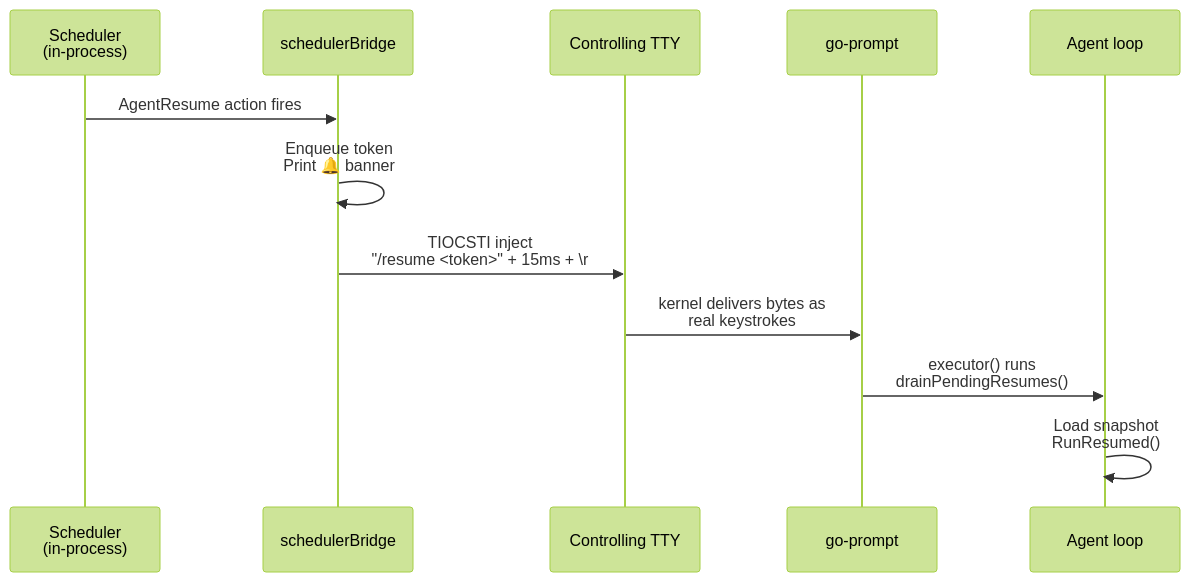
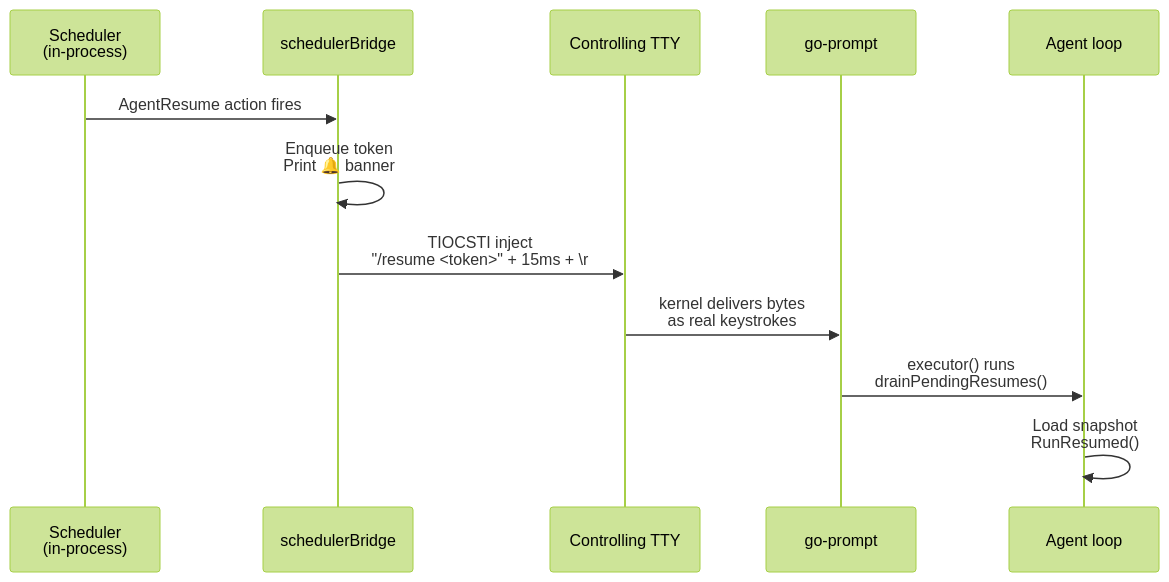
Before and after one commit to diillson/chatcli.ai: the second of 2 diagrams in features/agent-park.mdx, drawn with Mermaid (forest theme). The commit also changed other lines of this file and 500 other files, not shown here.

````diff
--- a/features/agent-park.mdx
+++ b/features/agent-park.mdx
@@ -257,15 +257,15 @@
 ```mermaid
 sequenceDiagram
   participant Sched as Scheduler<br/>(in-process)
   participant Bridge as schedulerBridge
   participant TTY as Controlling TTY
   participant Prompt as go-prompt
   participant Agent as Agent loop
 
   Sched->>Bridge: AgentResume action fires
   Bridge->>Bridge: Enqueue token<br/>Print 🔔 banner
   Bridge->>TTY: TIOCSTI inject<br/>"/resume <token>" + 15ms + \r
-  TTY->>Prompt: kernel delivers bytes as<br/>real keystrokes
+  TTY->>Prompt: kernel delivers bytes<br/>as real keystrokes
   Prompt->>Agent: executor() runs<br/>drainPendingResumes()
   Agent->>Agent: Load snapshot<br/>RunResumed()
 ```
````
